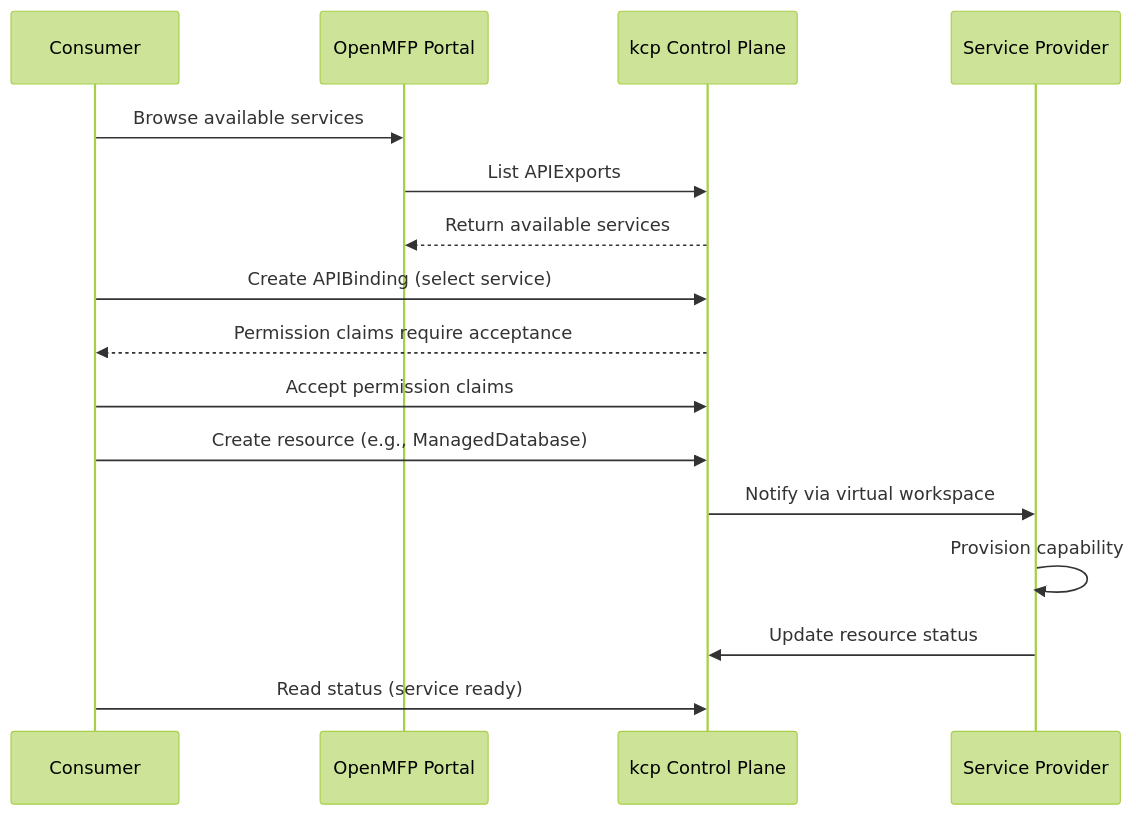
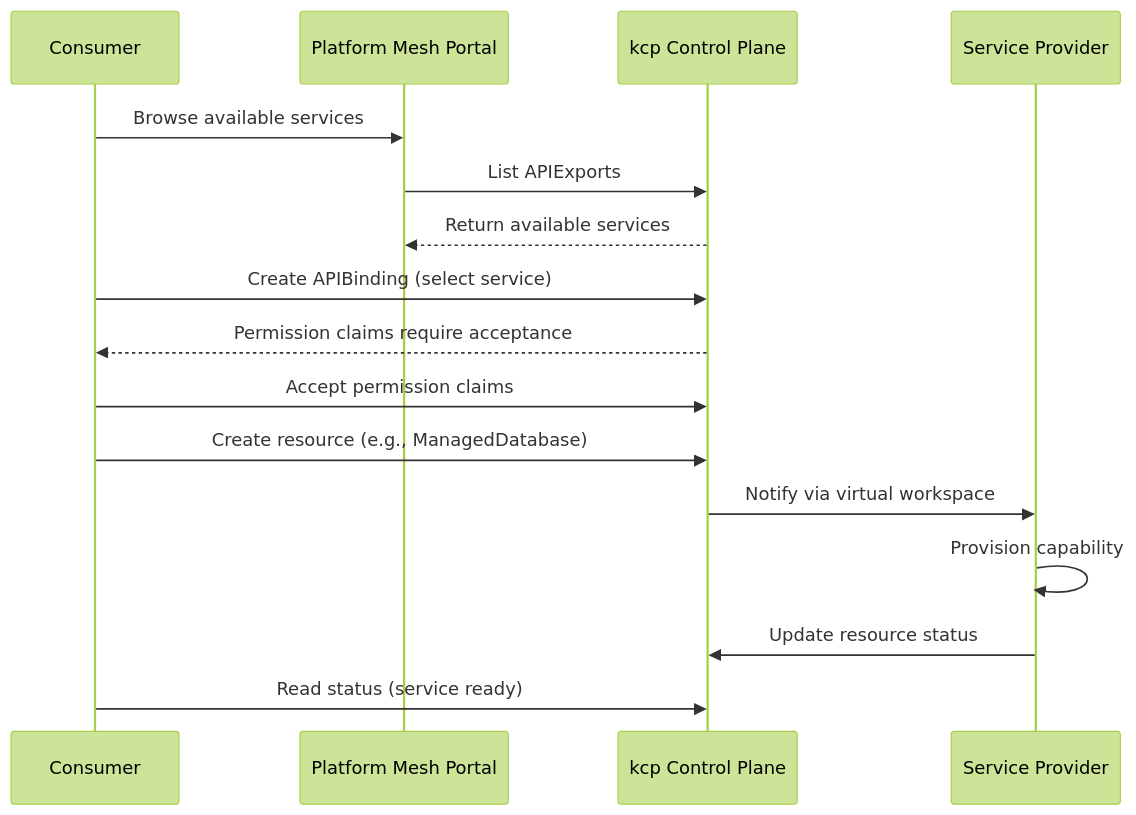
Before and after one commit to platform-mesh/platform-mesh.github.io: the diagram in overview/consumers.md, drawn with Mermaid (forest theme). The commit also changed other lines of this file and 13 other files, not shown here.

First line of the commit message:
updated with new diagramn for arch

````diff
--- a/overview/consumers.md
+++ b/overview/consumers.md
@@ -58,19 +58,19 @@
 ```mermaid
 sequenceDiagram
     participant Consumer
-    participant Portal as OpenMFP Portal
+    participant Portal as Platform Mesh Portal
     participant kcp as kcp Control Plane
     participant Provider as Service Provider
 
     Consumer->>Portal: Browse available services
     Portal->>kcp: List APIExports
     kcp-->>Portal: Return available services
     Consumer->>kcp: Create APIBinding (select service)
     kcp-->>Consumer: Permission claims require acceptance
     Consumer->>kcp: Accept permission claims
     Consumer->>kcp: Create resource (e.g., ManagedDatabase)
     kcp->>Provider: Notify via virtual workspace
     Provider->>Provider: Provision capability
     Provider->>kcp: Update resource status
     Consumer->>kcp: Read status (service ready)
 ```
````
